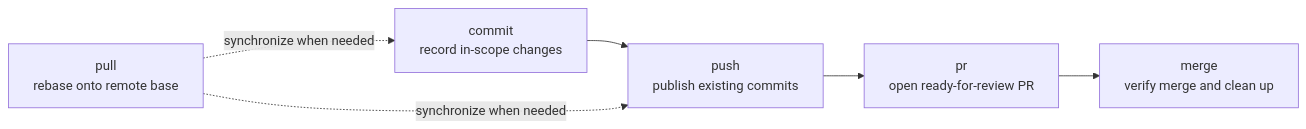
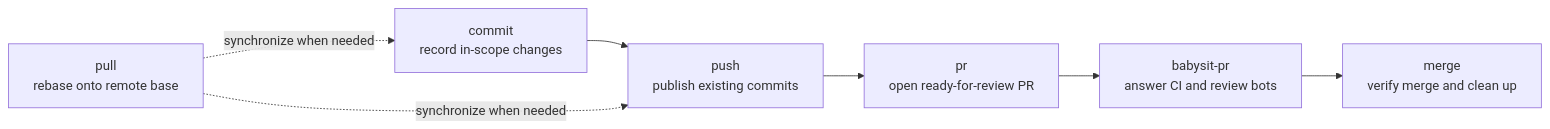
One commit to toy-crane/skills changed the second of 2 diagrams in README.md. Above: the diagram before and after it, drawn with Mermaid. The commit also changed other lines of this file and 51 other files, not shown here.

First line of the commit message:
feat(babysit-pr): answer CI and review bots until a PR is ready to merge (#150)

````diff
--- a/README.md
+++ b/README.md
@@ -318,8 +325,9 @@
 ```mermaid
 flowchart LR
     C["commit<br/>record in-scope changes"] --> P["push<br/>publish existing commits"]
     P --> PR["pr<br/>open ready-for-review PR"]
-    PR --> M["merge<br/>verify merge and clean up"]
+    PR --> B["babysit-pr<br/>answer CI and review bots"]
+    B --> M["merge<br/>verify merge and clean up"]
     L["pull<br/>rebase onto remote base"] -. "synchronize when needed" .-> C
     L -. "synchronize when needed" .-> P
 ```
````
